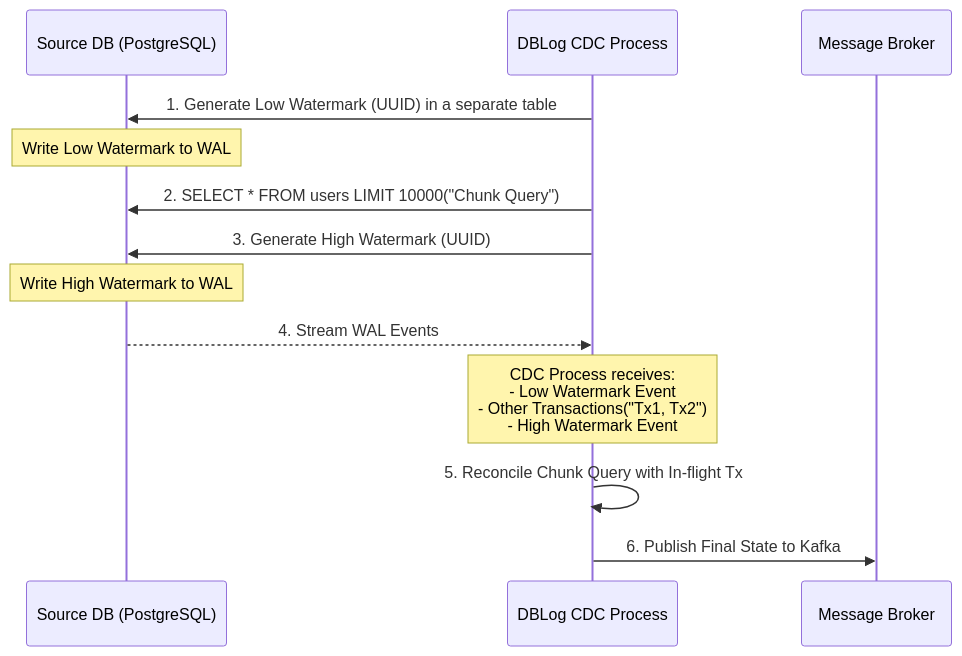
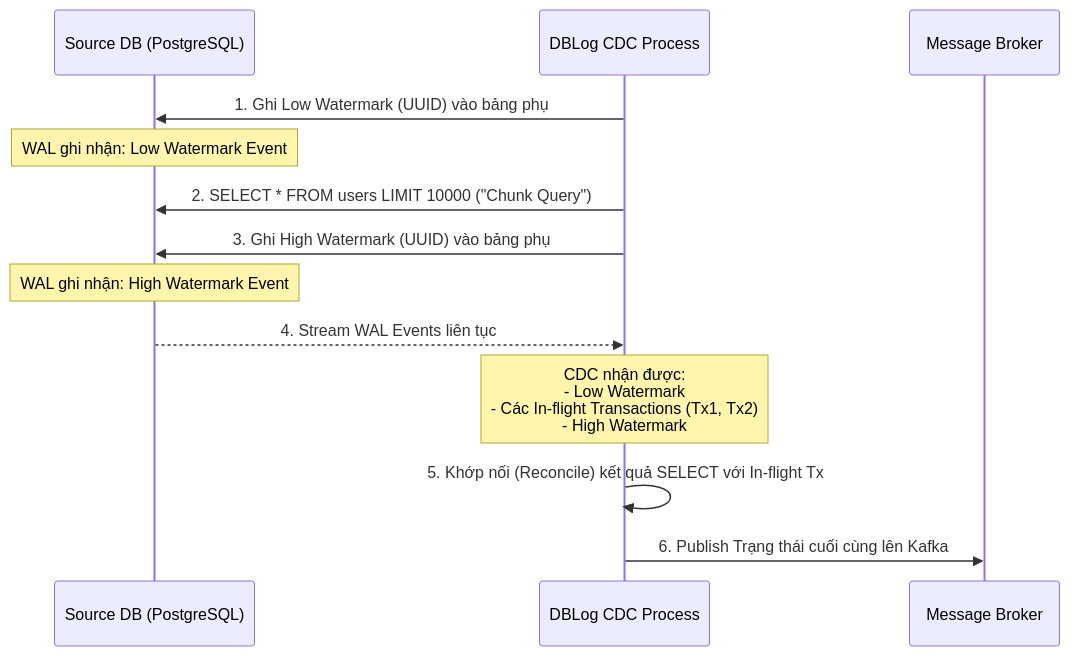
One commit to kythuatdulieu/kythuatdulieu.github.io changed the first of 2 diagrams in src/content/docs/concepts/2-data-ingestion-integration/change-data-capture.md. Above: the diagram before and after it, drawn with Mermaid. The commit also changed other lines of this file and 228 other files, not shown here.

Commit message:
Fix syntax and rewrite 200+ concepts docs to deep-dive system architecture and add GA4 tracking to quiz app

````diff
--- a/src/content/docs/concepts/2-data-ingestion-integration/change-data-capture.md
+++ b/src/content/docs/concepts/2-data-ingestion-integration/change-data-capture.md
@@ -49,16 +55,16 @@
 ```mermaid
 sequenceDiagram
     participant DB as Source DB (PostgreSQL)
     participant CDC as DBLog CDC Process
     participant Kafka as Message Broker
     
-    CDC->>DB: 1. Generate Low Watermark (UUID) in a separate table
-    Note over DB: Write Low Watermark to WAL
-    CDC->>DB: 2. SELECT * FROM users LIMIT 10000("Chunk Query")
-    CDC->>DB: 3. Generate High Watermark (UUID)
-    Note over DB: Write High Watermark to WAL
-    DB-->>CDC: 4. Stream WAL Events
-    Note over CDC: CDC Process receives:<br/>- Low Watermark Event<br/>- Other Transactions("Tx1, Tx2")<br/>- High Watermark Event
-    CDC->>CDC: 5. Reconcile Chunk Query with In-flight Tx
-    CDC->>Kafka: 6. Publish Final State to Kafka
+    CDC->>DB: 1. Ghi Low Watermark (UUID) vào bảng phụ
+    Note over DB: WAL ghi nhận: Low Watermark Event
+    CDC->>DB: 2. SELECT * FROM users LIMIT 10000 ("Chunk Query")
+    CDC->>DB: 3. Ghi High Watermark (UUID) vào bảng phụ
+    Note over DB: WAL ghi nhận: High Watermark Event
+    DB-->>CDC: 4. Stream WAL Events liên tục
+    Note over CDC: CDC nhận được:<br/>- Low Watermark<br/>- Các In-flight Transactions (Tx1, Tx2)<br/>- High Watermark
+    CDC->>CDC: 5. Khớp nối (Reconcile) kết quả SELECT với In-flight Tx
+    CDC->>Kafka: 6. Publish Trạng thái cuối cùng lên Kafka
 ```
````
